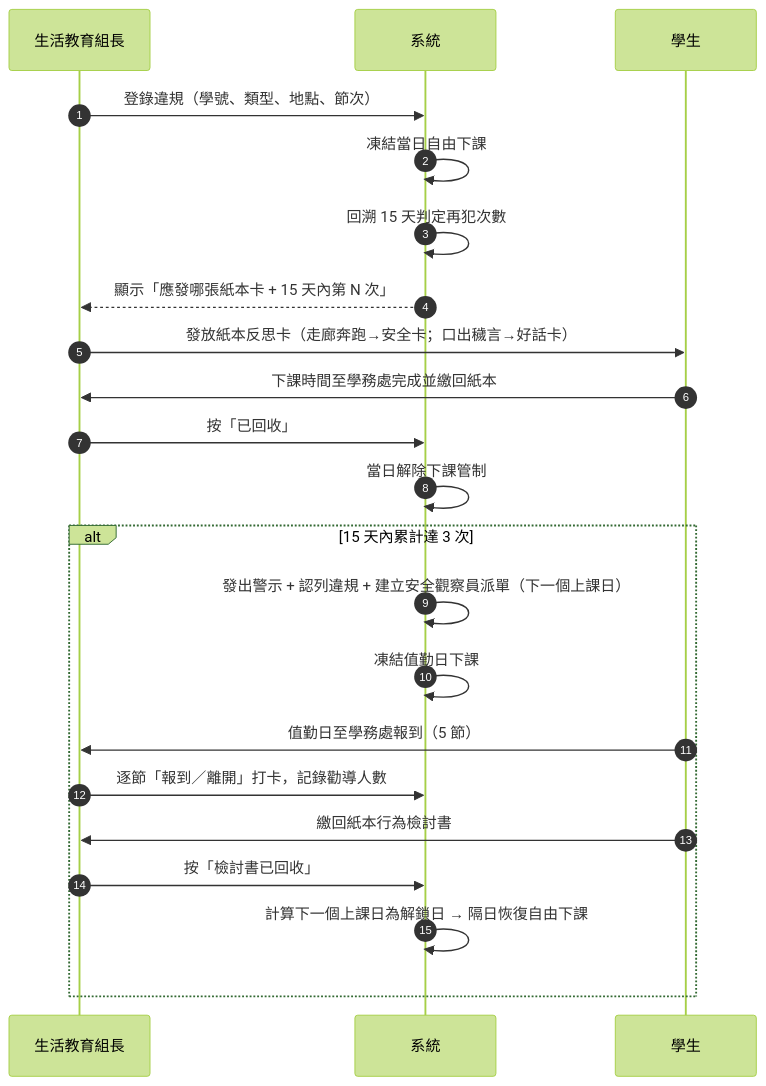
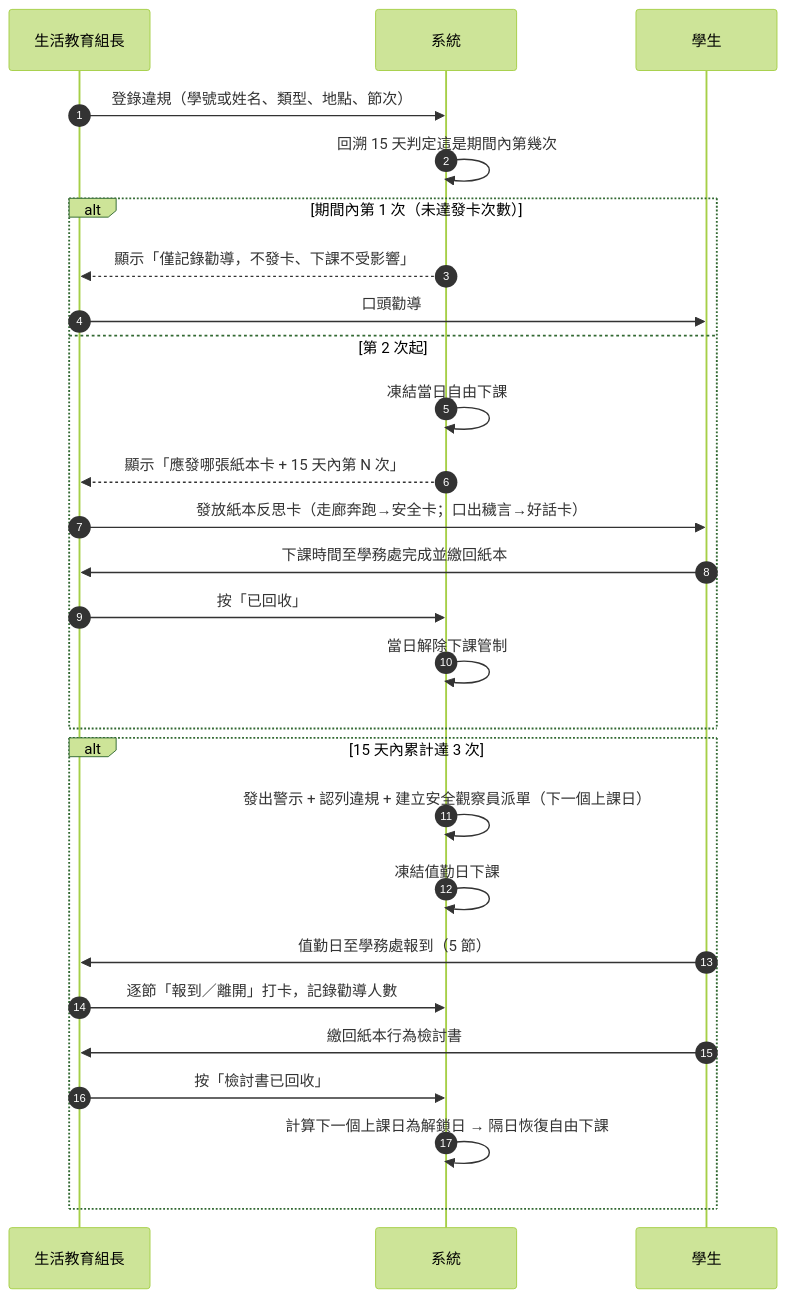
Before and after one commit to znxuyz/C.A.R.E.-System: the diagram in docs/workflow.md, drawn with Mermaid (forest theme). The commit also changed other lines of this file and 15 other files, not shown here.

````diff
--- a/docs/workflow.md
+++ b/docs/workflow.md
@@ -5,26 +5,31 @@
 ```mermaid
 sequenceDiagram
   autonumber
   participant O as 生活教育組長
   participant SYS as 系統
   participant S as 學生
 
-  O->>SYS: 登錄違規（學號、類型、地點、節次）
-  SYS->>SYS: 凍結當日自由下課
-  SYS->>SYS: 回溯 15 天判定再犯次數
-  SYS-->>O: 顯示「應發哪張紙本卡 + 15 天內第 N 次」
-  O->>S: 發放紙本反思卡（走廊奔跑→安全卡；口出穢言→好話卡）
-  S->>O: 下課時間至學務處完成並繳回紙本
-  O->>SYS: 按「已回收」
-  SYS->>SYS: 當日解除下課管制
+  O->>SYS: 登錄違規（學號或姓名、類型、地點、節次）
+  SYS->>SYS: 回溯 15 天判定這是期間內第幾次
+  alt 期間內第 1 次（未達發卡次數）
+    SYS-->>O: 顯示「僅記錄勸導，不發卡、下課不受影響」
+    O->>S: 口頭勸導
+  else 第 2 次起
+    SYS->>SYS: 凍結當日自由下課
+    SYS-->>O: 顯示「應發哪張紙本卡 + 15 天內第 N 次」
+    O->>S: 發放紙本反思卡（走廊奔跑→安全卡；口出穢言→好話卡）
+    S->>O: 下課時間至學務處完成並繳回紙本
+    O->>SYS: 按「已回收」
+    SYS->>SYS: 當日解除下課管制
+  end
 
   alt 15 天內累計達 3 次
     SYS->>SYS: 發出警示 + 認列違規 + 建立安全觀察員派單（下一個上課日）
     SYS->>SYS: 凍結值勤日下課
     S->>O: 值勤日至學務處報到（5 節）
     O->>SYS: 逐節「報到／離開」打卡，記錄勸導人數
     S->>O: 繳回紙本行為檢討書
     O->>SYS: 按「檢討書已回收」
     SYS->>SYS: 計算下一個上課日為解鎖日 → 隔日恢復自由下課
   end
 ```
````
